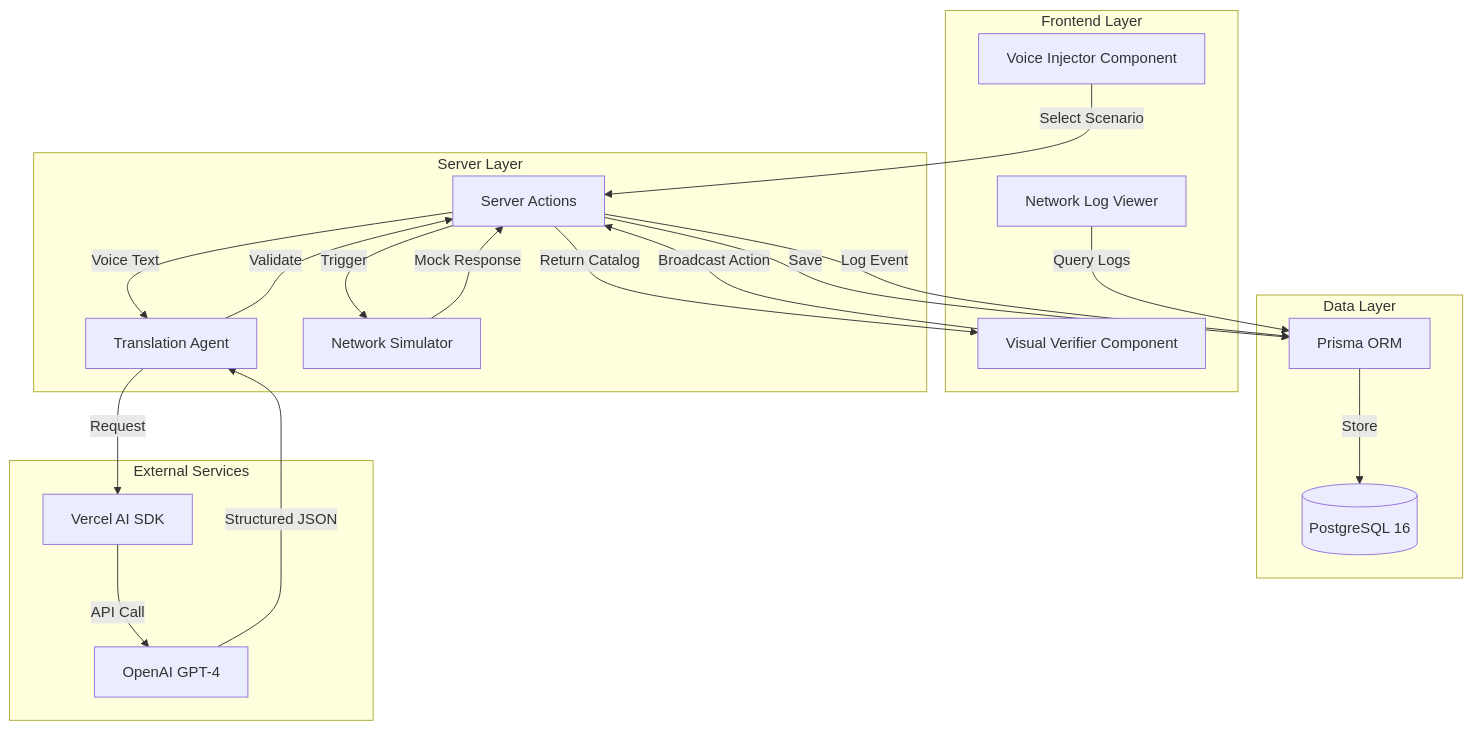
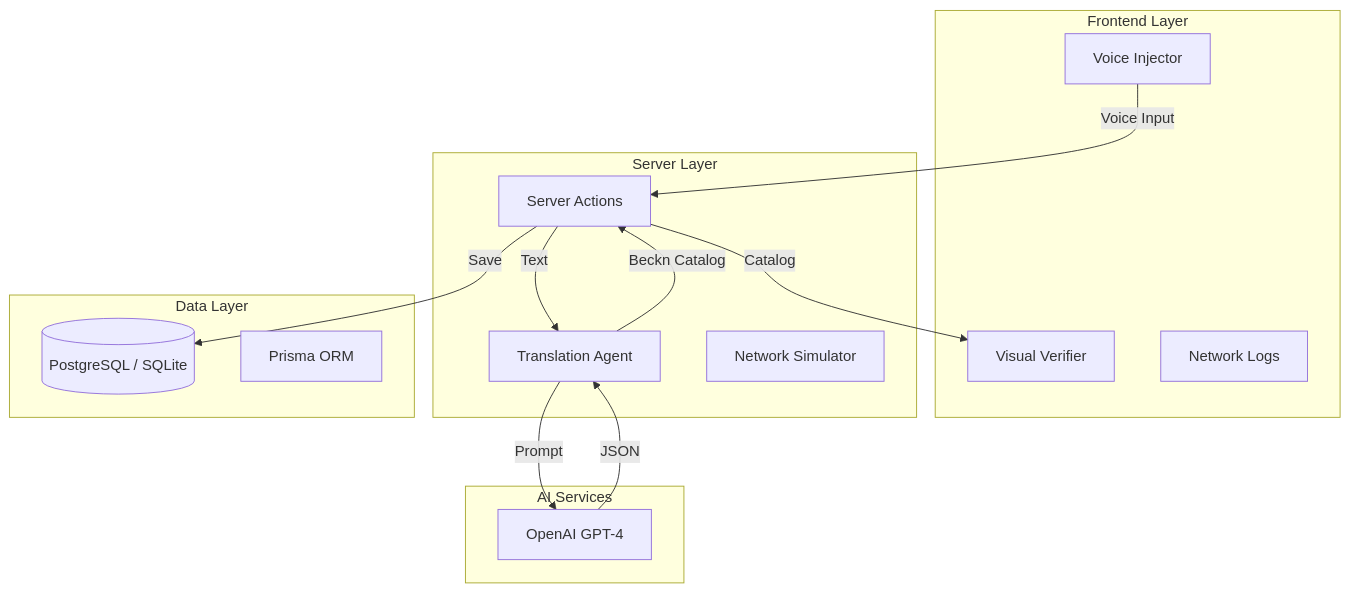
Before and after one commit to divyamohan1993/setu-voice-ondc-gateway: the diagram in README.md, drawn with Mermaid. The commit also changed other lines of this file and 32 other files, not shown here.

````diff
--- a/README.md
+++ b/README.md
@@ -196,39 +93,31 @@
 ```mermaid
 graph TB
     subgraph "Frontend Layer"
-        VI[Voice Injector Component]
-        VV[Visual Verifier Component]
-        NLV[Network Log Viewer]
+        VI[Voice Injector]
+        VV[Visual Verifier]
+        NLV[Network Logs]
     end
     
     subgraph "Server Layer"
         SA[Server Actions]
         TA[Translation Agent]
         NS[Network Simulator]
     end
     
     subgraph "Data Layer"
+        DB[(PostgreSQL / SQLite)]
         PRISMA[Prisma ORM]
-        PG[(PostgreSQL 16)]
     end
     
-    subgraph "External Services"
-        AI[Vercel AI SDK]
-        OPENAI[OpenAI GPT-4]
+    subgraph "AI Services"
+        OpenAI[OpenAI GPT-4]
     end
     
-    VI -->|Select Scenario| SA
-    SA -->|Voice Text| TA
-    TA -->|Request| AI
-    AI -->|API Call| OPENAI
-    OPENAI -->|Structured JSON| TA
-    TA -->|Validate| SA
-    SA -->|Save| PRISMA
-    PRISMA -->|Store| PG
-    SA -->|Return Catalog| VV
-    VV -->|Broadcast Action| SA
-    SA -->|Trigger| NS
-    NS -->|Mock Response| SA
-    SA -->|Log Event| PRISMA
-    NLV -->|Query Logs| PRISMA
+    VI -->|Voice Input| SA
+    SA -->|Text| TA
+    TA -->|Prompt| OpenAI
+    OpenAI -->|JSON| TA
+    TA -->|Beckn Catalog| SA
+    SA -->|Save| DB
+    SA -->|Catalog| VV
 ```
````
